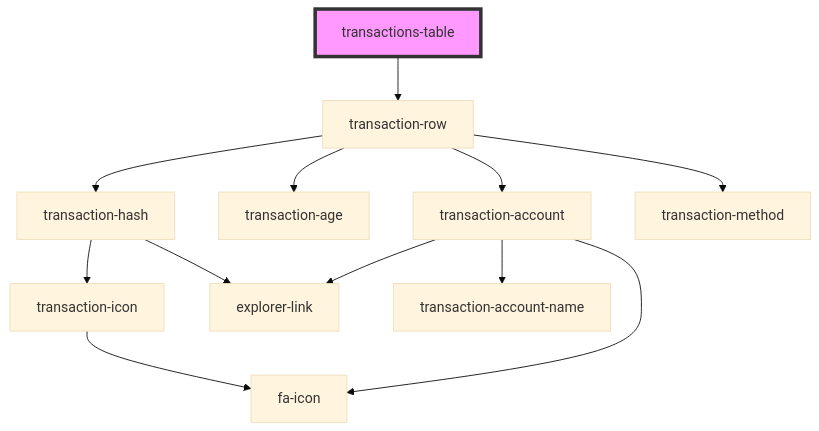
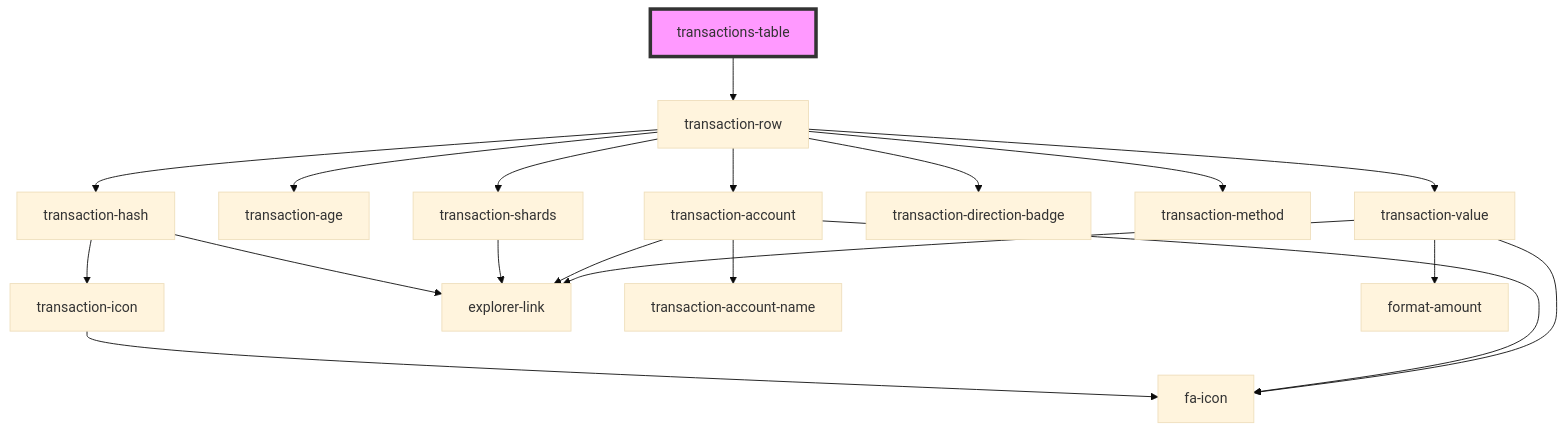
One commit to multiversx/mx-sdk-dapp-ui changed the diagram in src/components/transactions-table/readme.md. Above: the diagram before and after it, drawn with Mermaid (base theme). The commit also changed 11 other files, not shown here.

````diff
--- a/src/components/transactions-table/readme.md
+++ b/src/components/transactions-table/readme.md
@@ -23,15 +23,22 @@
 ```mermaid
 graph TD;
   transactions-table --> transaction-row
   transaction-row --> transaction-hash
   transaction-row --> transaction-age
+  transaction-row --> transaction-shards
   transaction-row --> transaction-account
+  transaction-row --> transaction-direction-badge
   transaction-row --> transaction-method
+  transaction-row --> transaction-value
   transaction-hash --> transaction-icon
   transaction-hash --> explorer-link
   transaction-icon --> fa-icon
+  transaction-shards --> explorer-link
   transaction-account --> fa-icon
   transaction-account --> explorer-link
   transaction-account --> transaction-account-name
+  transaction-value --> format-amount
+  transaction-value --> explorer-link
+  transaction-value --> fa-icon
   style transactions-table fill:#f9f,stroke:#333,stroke-width:4px
 ```
````
